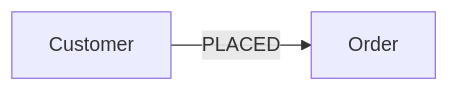
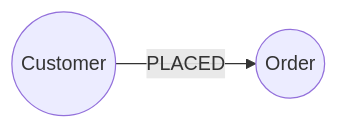
The first of 8 diagrams in asciidoc/courses/workshop-importing/modules/3-importing-data/lessons/4-importing-relationships/lesson.adoc (neo4j-graphacademy/courses), drawn with Mermaid before and after one commit. The commit also changed other lines of this file and 15 other files, not shown here.

````diff
--- a/asciidoc/courses/workshop-importing/modules/3-importing-data/lessons/4-importing-relationships/lesson.adoc
+++ b/asciidoc/courses/workshop-importing/modules/3-importing-data/lessons/4-importing-relationships/lesson.adoc
@@ -39,4 +39,4 @@
 ```mermaid
 graph LR
-    A[Customer] -->|PLACED| B[Order]
+    A((Customer)) -->|PLACED| B((Order))
 ```
````
